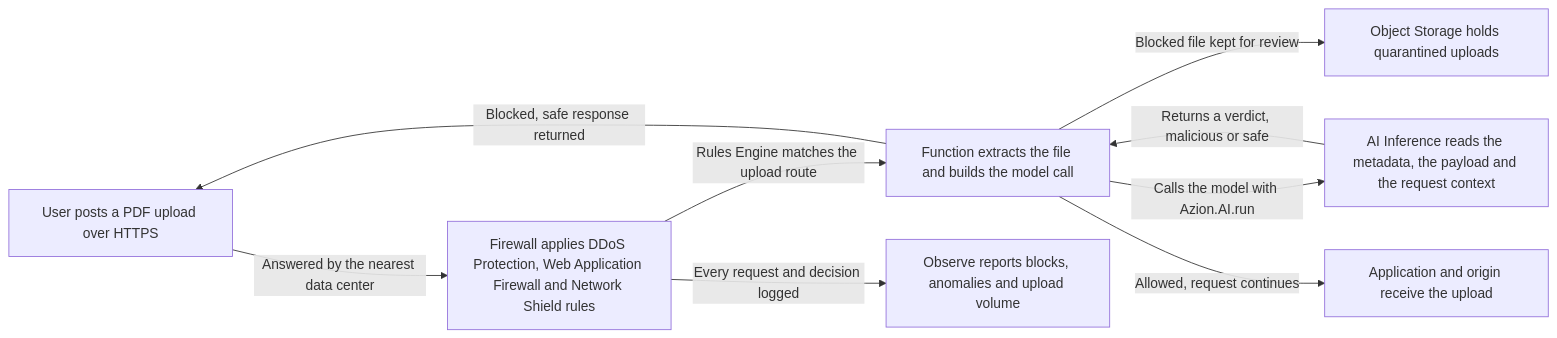
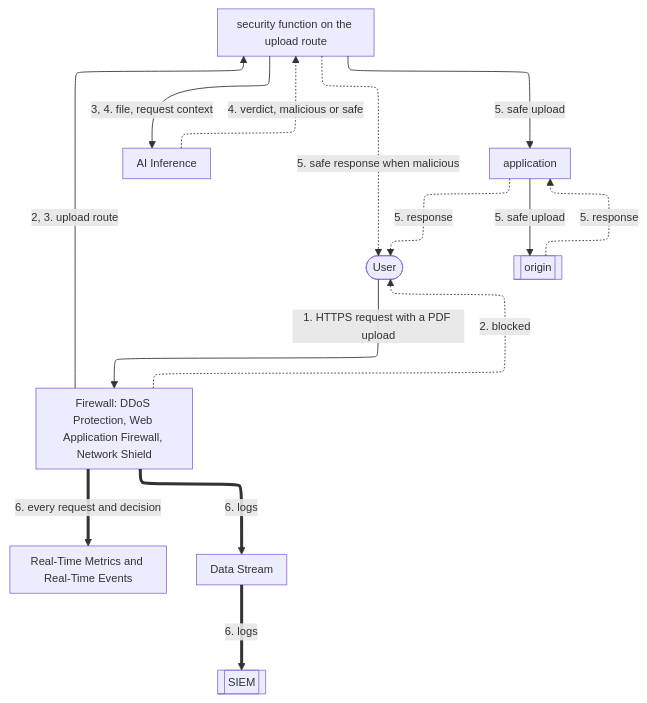
One commit to aziontech/docs changed the diagram in apps/docs/src/content/docs/en/pages/architectures/artificial-intelligence/autonomous-security-agent.mdx. Above: the diagram before and after it, drawn with Mermaid. The commit also changed other lines of this file and 179 other files, not shown here.

Commit message:
docs(diagrams): redraw every other diagram in the use-case diagram style (#2513)

````diff
--- a/apps/docs/src/content/docs/en/pages/architectures/artificial-intelligence/autonomous-security-agent.mdx
+++ b/apps/docs/src/content/docs/en/pages/architectures/artificial-intelligence/autonomous-security-agent.mdx
@@ -29,11 +29,26 @@
 ```mermaid
-flowchart LR
-  User["User posts a PDF upload over HTTPS"] -->|"Answered by the nearest data center"| FW["Firewall applies DDoS Protection, Web Application Firewall and Network Shield rules"]
-  FW -->|"Rules Engine matches the upload route"| Fn["Function extracts the file and builds the model call"]
-  Fn -->|"Calls the model with Azion.AI.run"| AI["AI Inference reads the metadata, the payload and the request context"]
-  AI -->|"Returns a verdict, malicious or safe"| Fn
-  Fn -->|"Blocked, safe response returned"| User
-  Fn -->|"Blocked file kept for review"| Store["Object Storage holds quarantined uploads"]
-  Fn -->|"Allowed, request continues"| App["Application and origin receive the upload"]
-  FW -->|"Every request and decision logged"| Obs["Observe reports blocks, anomalies and upload volume"]
+%%{init: {"layout": "elk", "elk": {"cycleBreakingStrategy": "MODEL_ORDER"}, "themeVariables": {"fontSize": "13px"}, "flowchart": {"nodeSpacing": 24, "rankSpacing": 36, "padding": 8, "wrappingWidth": 150, "useMaxWidth": true}, "sequence": {"width": 120, "actorMargin": 30, "useMaxWidth": true}}}%%
+flowchart TD
+  User(["User"])
+  FW["Firewall: DDoS Protection, Web Application Firewall, Network Shield"]
+  Fn["security function on the upload route"]
+  AI["AI Inference"]
+  App["application"]
+  Origin[["origin"]]
+  Obs["Real-Time Metrics and Real-Time Events"]
+  DS["Data Stream"]
+  SIEM[["SIEM"]]
+  User -->|"1. HTTPS request with a PDF upload"| FW
+  FW -->|"2, 3. upload route"| Fn
+  Fn -->|"3, 4. file, request context"| AI
+  Fn -->|"5. safe upload"| App
+  App -->|"5. safe upload"| Origin
+  AI -.->|"4. verdict, malicious or safe"| Fn
+  Origin -.->|"5. response"| App
+  App -.->|"5. response"| User
+  FW -.->|"2. blocked"| User
+  Fn -.->|"5. safe response when malicious"| User
+  FW ==>|"6. every request and decision"| Obs
+  FW ==>|"6. logs"| DS
+  DS ==>|"6. logs"| SIEM
 ```
````
